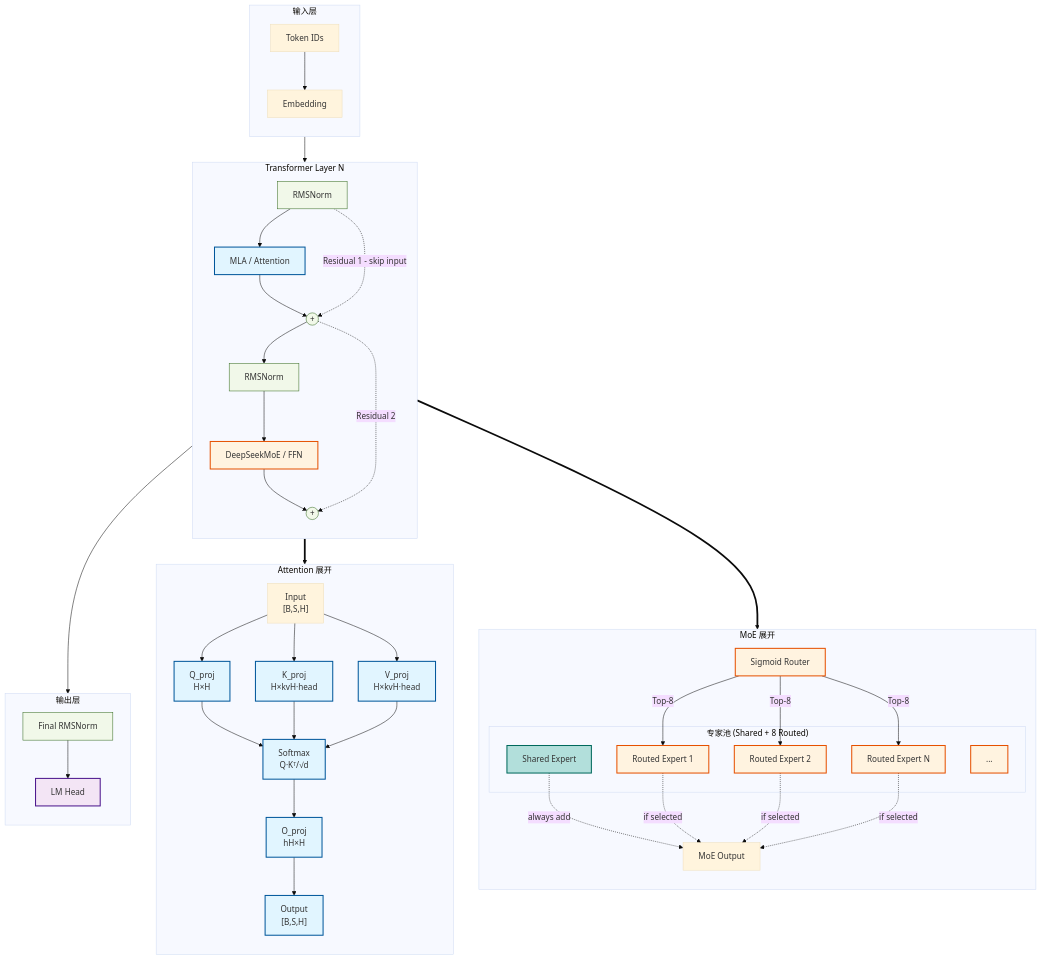
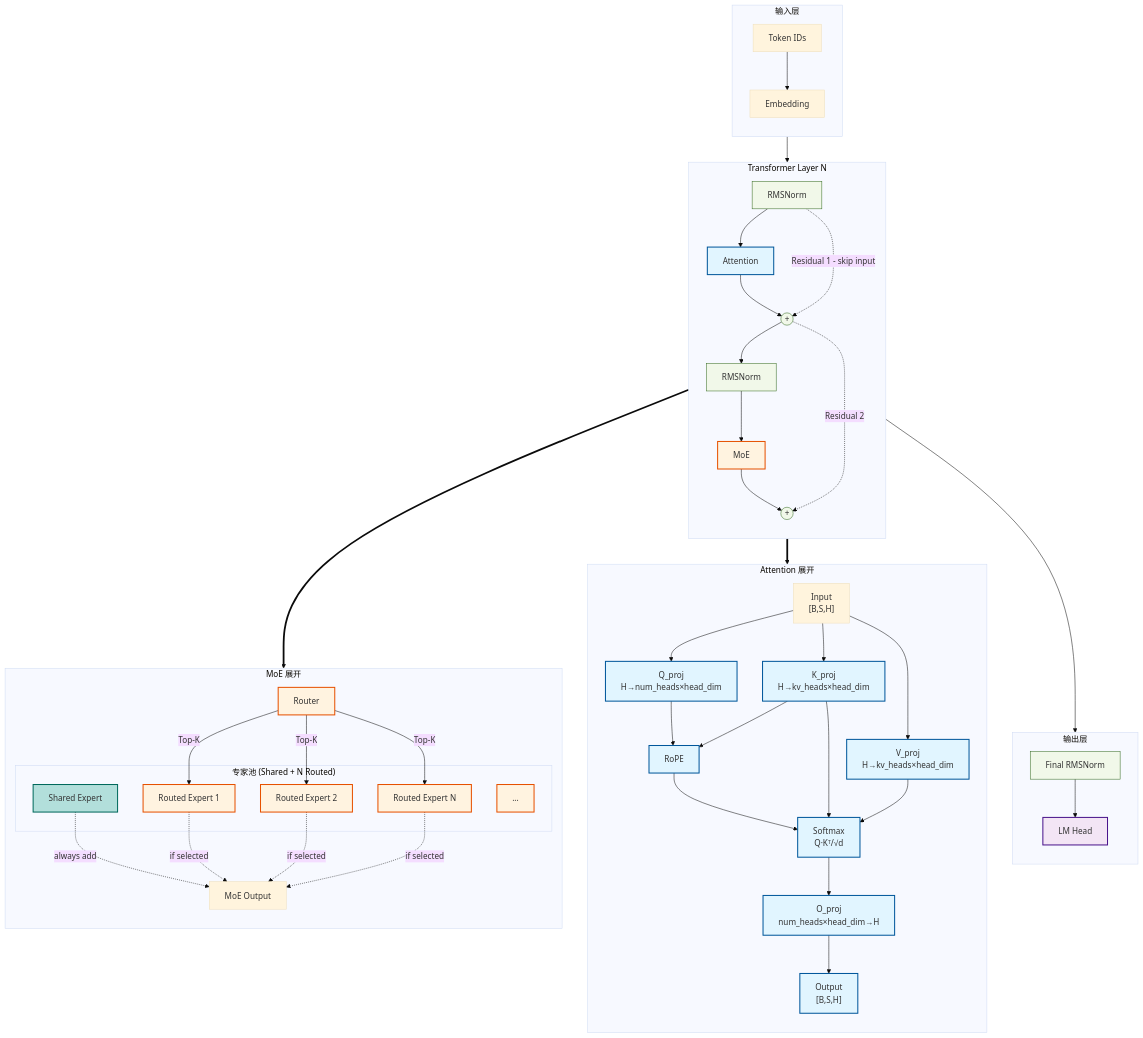
Before and after one commit to kevinoldching/agent-skills: the first of 2 diagrams in llm_arch_generator/SKILL.md, drawn with Mermaid (base theme). The commit also changed other lines of this file, not shown here.

Commit message:
fix(llm_arch_generator): fix Level 2 template structure for expansion arrows
- Change moe_module ==> router to moe_module ==> MoE_Detail (point to
  subgraph container, not internal node — internal nodes are unreachable
  from outside the subgraph namespace)
- Add explicit note: ==>> targets must be subgraph container IDs
- Update hybrid alternating rule to explain mermaid pattern for multiple
  attention types (separate top-level Attention_Detail_{TYPE} subgraphs)
- Fix per-expert FFN structure in MoE template to show each expert has
  its own FFN stack
- Rename moe_module label from "DeepSeekMoE / FFN" to "MoE"

````diff
--- a/llm_arch_generator/SKILL.md
+++ b/llm_arch_generator/SKILL.md
@@ -217,27 +217,27 @@
     subgraph Transformer_Layer ["Transformer Layer N"]
         direction TB
 
-        ln1["RMSNorm"]:::norm --> attn_module["MLA / Attention"]:::attention
+        ln1["RMSNorm"]:::norm --> attn_module["Attention"]:::attention
 
         attn_module --> add1((+)):::norm
         %% Residual 1：来自输入
         ln1 -.-> |Residual 1 - skip input| add1
 
         add1 --> ln2["RMSNorm"]:::norm
-        ln2 --> moe_module["DeepSeekMoE / FFN"]:::moe
+        ln2 --> moe_module["MoE"]:::moe
 
         moe_module --> add2((+)):::norm
         %% Residual 2：来自 attention 输出
         add1 -.-> |Residual 2| add2
     end
 
-    %% === MoE 展开 ===
+    %% === MoE 展开（顶层子图） ===
     subgraph MoE_Detail ["MoE 展开"]
         direction TB
 
-        router["Sigmoid Router"]:::moe
+        router["Router"]:::moe
 
-        subgraph Expert_Pool ["专家池 (Shared + 8 Routed)"]
+        subgraph Expert_Pool ["专家池 (Shared + N Routed)"]
             shared["Shared Expert"]:::shared_expert
             routed_1["Routed Expert 1"]:::moe
             routed_2["Routed Expert 2"]:::moe
@@ -245,28 +245,31 @@
             routed_n["Routed Expert N"]:::moe
         end
 
-        router --> |Top-8| routed_1
-        router --> |Top-8| routed_2
-        router --> |Top-8| routed_n
+        router --> |Top-K| routed_1
+        router --> |Top-K| routed_2
+        router --> |Top-K| routed_n
         shared -.-> |always add| MoE_out["MoE Output"]
         routed_1 -.-> |if selected| MoE_out
         routed_2 -.-> |if selected| MoE_out
         routed_n -.-> |if selected| MoE_out
     end
 
-    %% === Attention 展开 ===
+    %% === Attention 展开（顶层子图） ===
     subgraph Attention_Detail ["Attention 展开"]
         direction TB
 
-        attn_in["Input<br/>[B,S,H]"] --> q_proj["Q_proj<br/>H×H"]:::attention
-        attn_in --> k_proj["K_proj<br/>H×kvH·head"]:::attention
-        attn_in --> v_proj["V_proj<br/>H×kvH·head"]:::attention
+        attn_in["Input<br/>[B,S,H]"] --> q_proj["Q_proj<br/>H→num_heads×head_dim"]:::attention
+        attn_in --> k_proj["K_proj<br/>H→kv_heads×head_dim"]:::attention
+        attn_in --> v_proj["V_proj<br/>H→kv_heads×head_dim"]:::attention
 
-        q_proj --> softmax["Softmax<br/>Q·Kᵀ/√d"]:::attention
+        q_proj --> rope["RoPE"]:::attention
+        k_proj --> rope
+
+        rope --> softmax["Softmax<br/>Q·Kᵀ/√d"]:::attention
         k_proj --> softmax
         v_proj --> softmax
 
-        softmax --> o_proj["O_proj<br/>hH×H"]:::attention
+        softmax --> o_proj["O_proj<br/>num_heads×head_dim→H"]:::attention
         o_proj --> attn_out["Output<br/>[B,S,H]"]:::attention
     end
 
@@ -284,7 +287,7 @@
     add2 --> final_norm
     %% 注意：对于 MoE 模型，使用 Out_M1 --> Final_Norm 而不是 add2 --> final_norm
 
-    %% === 展开关系 ===
-    moe_module ==> router
-    attn_module ==> attn_in
+    %% === 展开关系（==>> 指向顶层子图容器） ===
+    moe_module ==> MoE_Detail
+    attn_module ==> Attention_Detail
 ```
````
